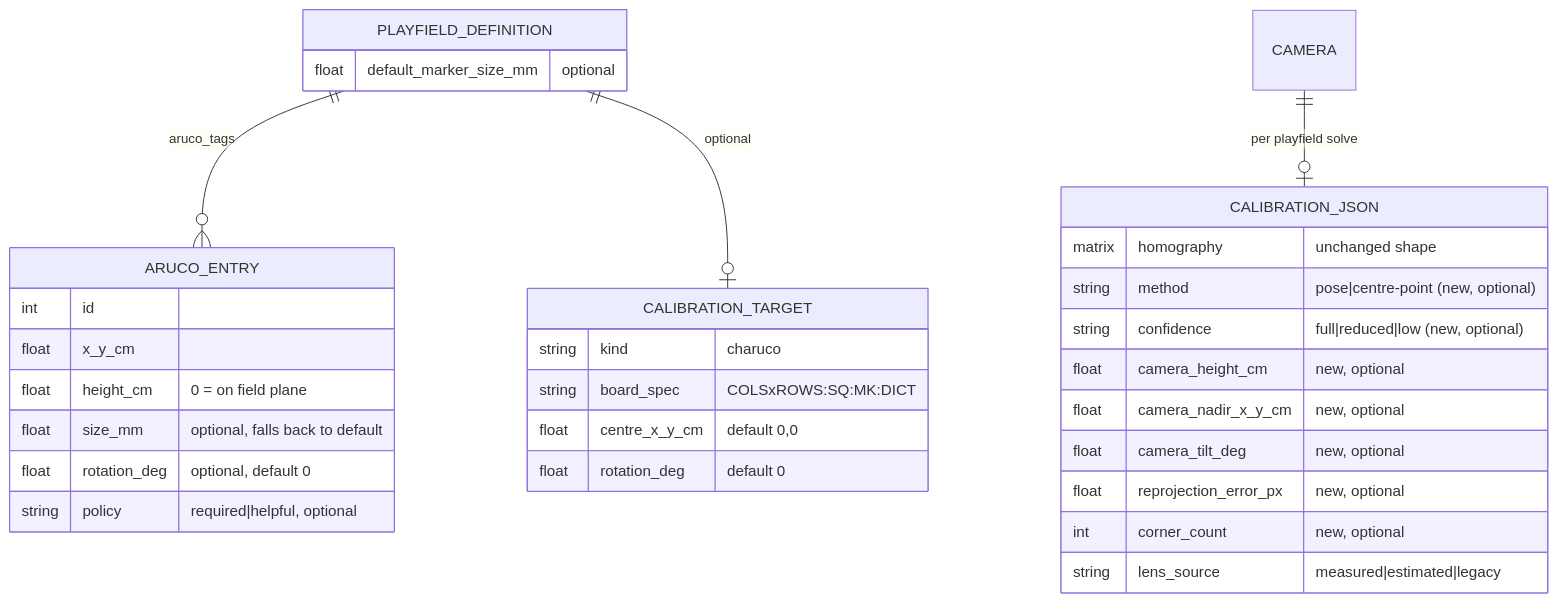
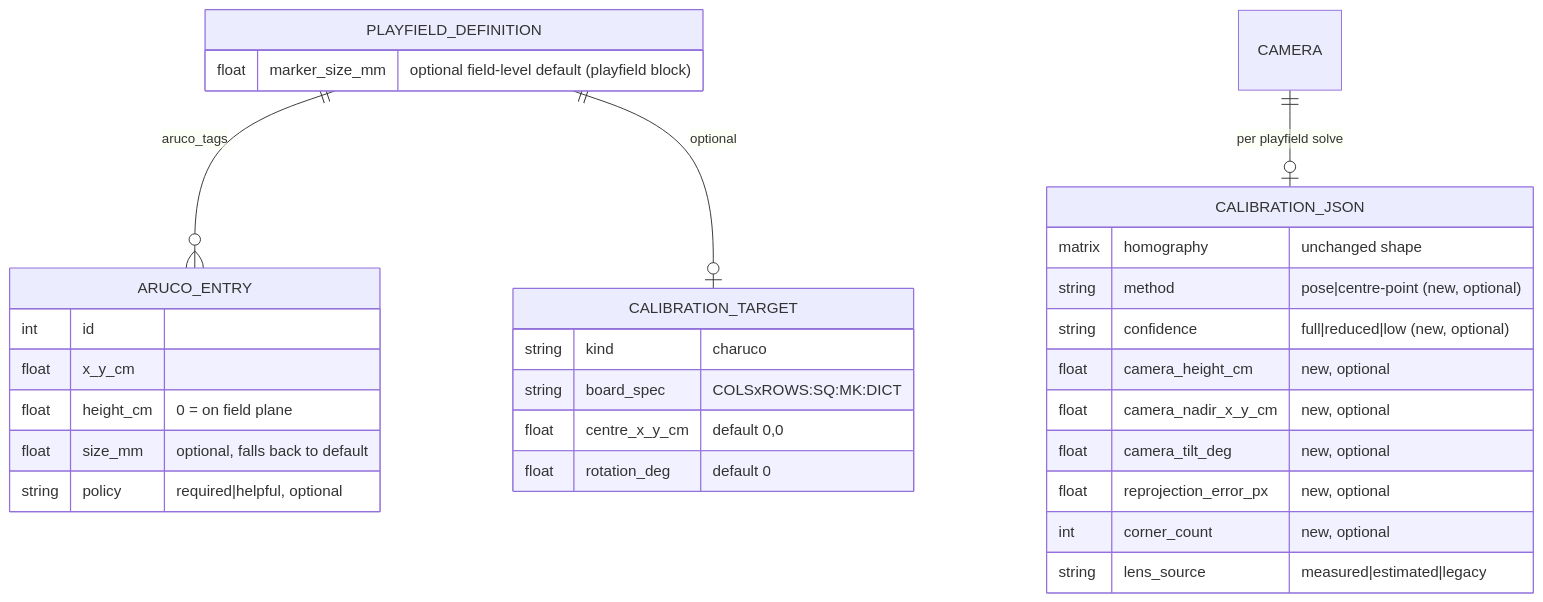
Before and after one commit to League-Robotics/aprilcam: the third of 3 diagrams in clasi/sprints/045-pose-based-playfield-calibration-from-marker-corners-and-the-measured-lens/sprint.md, drawn with Mermaid. The commit also changed other lines of this file and 9 other files, not shown here.

````diff
--- a/clasi/sprints/045-pose-based-playfield-calibration-from-marker-corners-and-the-measured-lens/sprint.md
+++ b/clasi/sprints/045-pose-based-playfield-calibration-from-marker-corners-and-the-measured-lens/sprint.md
@@ -220,34 +223,33 @@
 ```mermaid
 erDiagram
     PLAYFIELD_DEFINITION ||--o{ ARUCO_ENTRY : "aruco_tags"
     PLAYFIELD_DEFINITION ||--o| CALIBRATION_TARGET : "optional"
     PLAYFIELD_DEFINITION {
-        float default_marker_size_mm "optional"
+        float marker_size_mm "optional field-level default (playfield block)"
     }
     ARUCO_ENTRY {
         int id
         float x_y_cm
         float height_cm "0 = on field plane"
         float size_mm "optional, falls back to default"
-        float rotation_deg "optional, default 0"
         string policy "required|helpful, optional"
     }
     CALIBRATION_TARGET {
         string kind "charuco"
         string board_spec "COLSxROWS:SQ:MK:DICT"
         float centre_x_y_cm "default 0,0"
         float rotation_deg "default 0"
     }
     CAMERA ||--o| CALIBRATION_JSON : "per playfield solve"
     CALIBRATION_JSON {
         matrix homography "unchanged shape"
         string method "pose|centre-point (new, optional)"
         string confidence "full|reduced|low (new, optional)"
         float camera_height_cm "new, optional"
         float camera_nadir_x_y_cm "new, optional"
         float camera_tilt_deg "new, optional"
         float reprojection_error_px "new, optional"
         int corner_count "new, optional"
         string lens_source "measured|estimated|legacy"
     }
 ```
````
